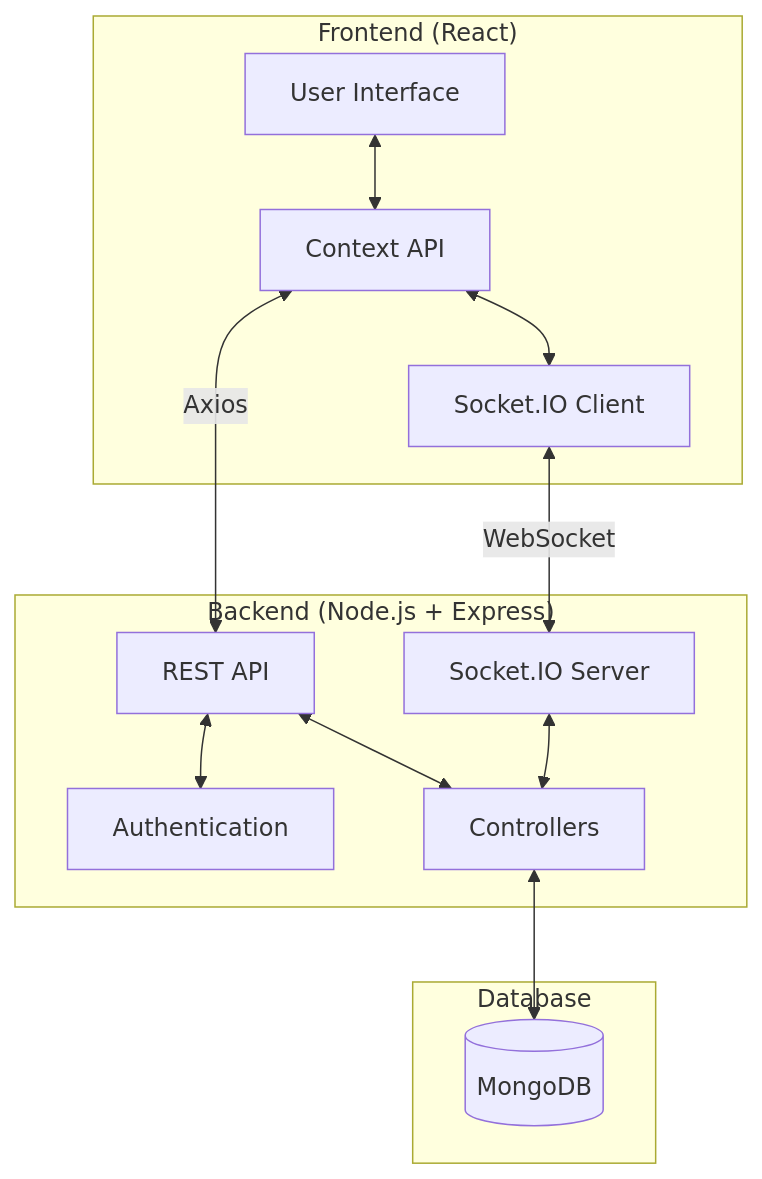
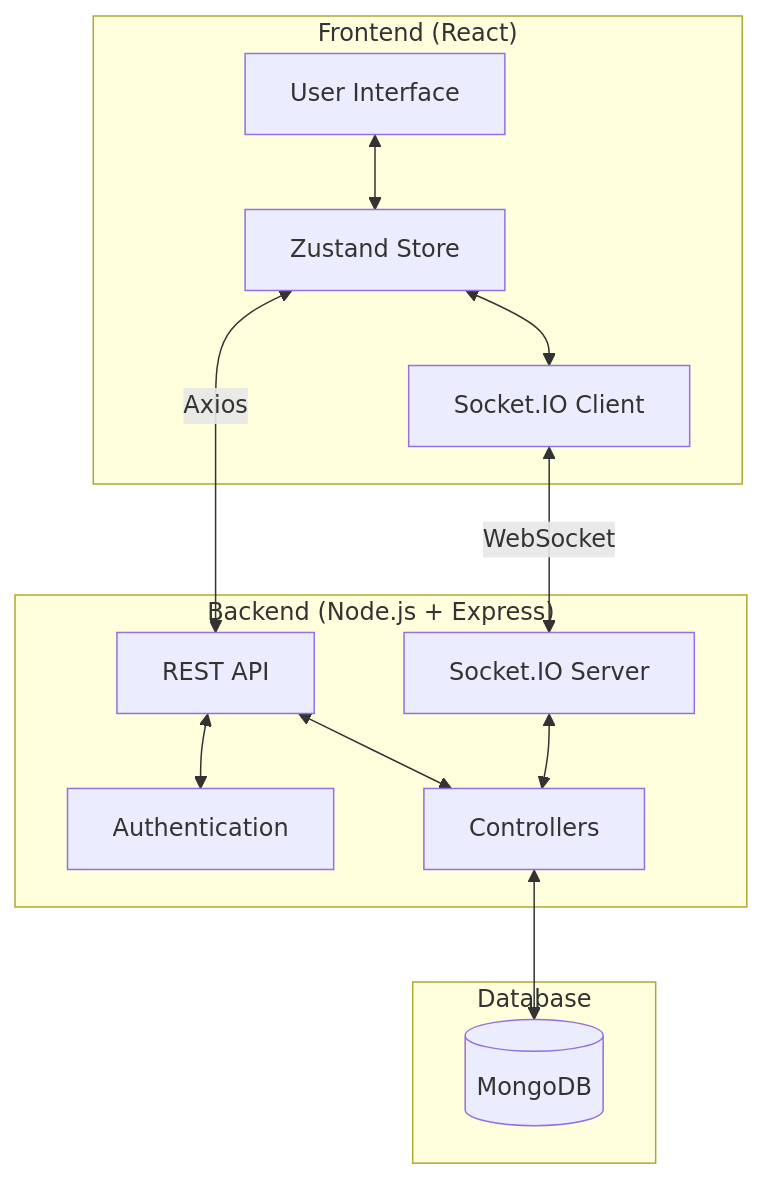
One commit to MayankB1708/Converge changed the first of 5 diagrams in README.md. Above: the diagram before and after it, drawn with Mermaid. The commit also changed other lines of this file, not shown here.

First line of the commit message:
Refactor state management to use Zustand

````diff
--- a/README.md
+++ b/README.md
@@ -57,28 +57,28 @@
 ```mermaid
 flowchart TB
     subgraph "Frontend (React)"
         UI[User Interface]
-        ContextAPI[Context API]
+        ZustandStore[Zustand Store]
         SocketClient[Socket.IO Client]
     end
     
     subgraph "Backend (Node.js + Express)"
         API[REST API]
         SocketServer[Socket.IO Server]
         Auth[Authentication]
         Controllers[Controllers]
     end
     
     subgraph "Database"
         MongoDB[(MongoDB)]
     end
     
-    UI <--> ContextAPI
-    ContextAPI <--> SocketClient
-    ContextAPI <-- Axios --> API
+    UI <--> ZustandStore
+    ZustandStore <--> SocketClient
+    ZustandStore <-- Axios --> API
     SocketClient <-- WebSocket --> SocketServer
     API <--> Auth
     API <--> Controllers
     SocketServer <--> Controllers
     Controllers <--> MongoDB
 ```
````
